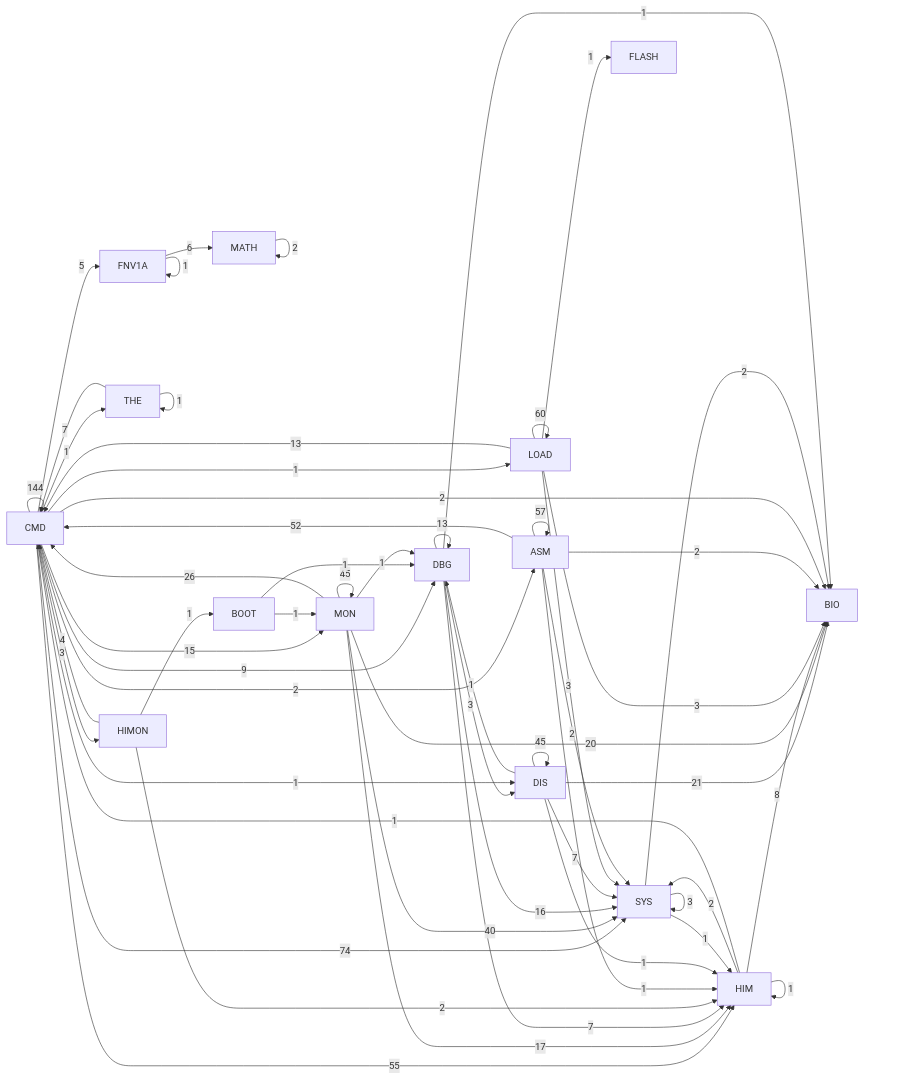
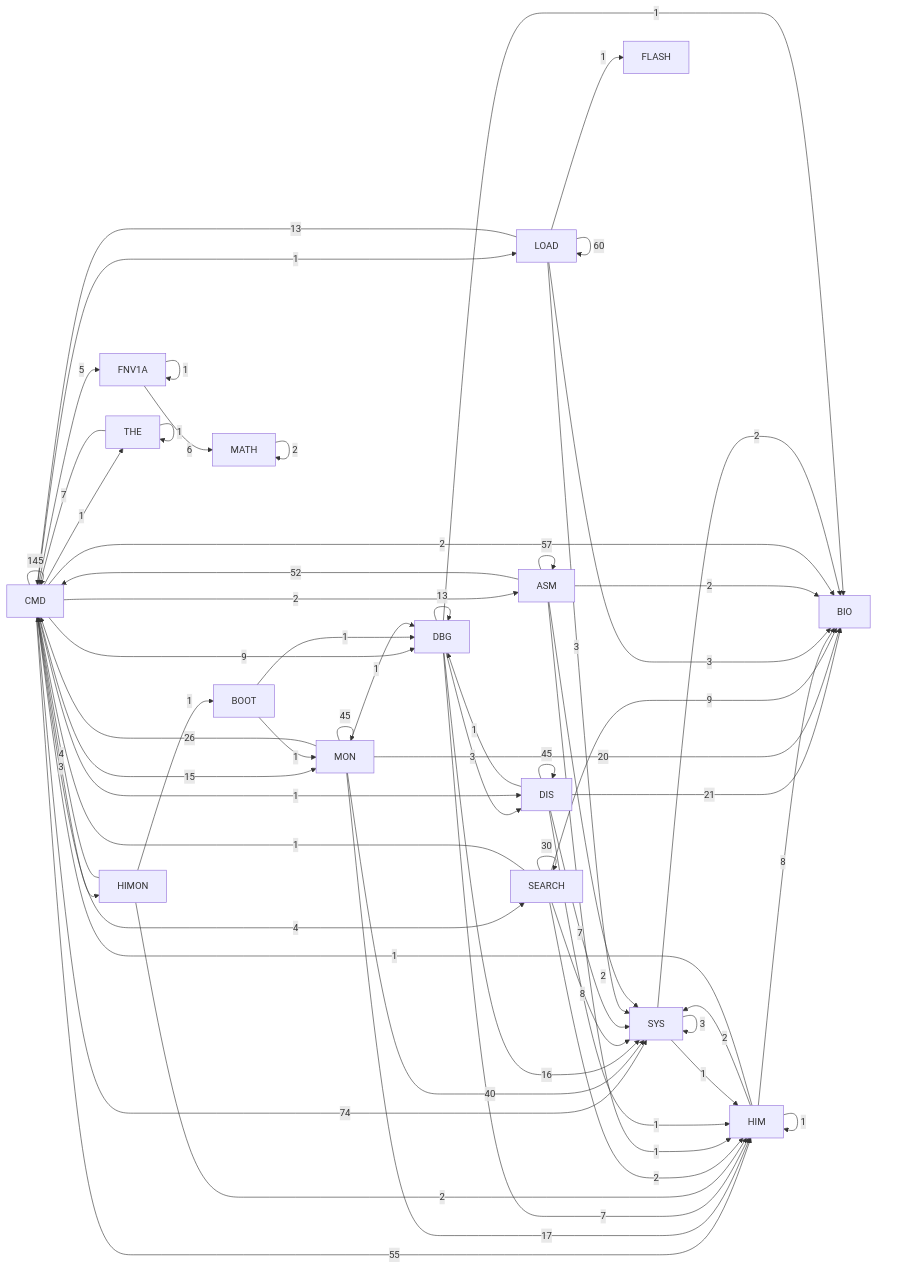
Before and after one commit to 95westus/R-YORS: the diagram in DOC/GENERATED/HIMON_SUPPORT_MAP.md, drawn with Mermaid. The commit also changed other lines of this file and 126 other files, not shown here.

````diff
--- a/DOC/GENERATED/HIMON_SUPPORT_MAP.md
+++ b/DOC/GENERATED/HIMON_SUPPORT_MAP.md
@@ -10,58 +10,64 @@
 ```mermaid
 flowchart LR
-    P_CMD[CMD] -->|144| P_CMD[CMD]
+    P_CMD[CMD] -->|145| P_CMD[CMD]
     P_CMD[CMD] -->|74| P_SYS[SYS]
     P_LOAD[LOAD] -->|60| P_LOAD[LOAD]
     P_ASM[ASM] -->|57| P_ASM[ASM]
     P_CMD[CMD] -->|55| P_HIM[HIM]
     P_ASM[ASM] -->|52| P_CMD[CMD]
     P_DIS[DIS] -->|45| P_DIS[DIS]
     P_MON[MON] -->|45| P_MON[MON]
     P_MON[MON] -->|40| P_SYS[SYS]
+    P_SEARCH[SEARCH] -->|30| P_SEARCH[SEARCH]
     P_MON[MON] -->|26| P_CMD[CMD]
     P_DIS[DIS] -->|21| P_BIO[BIO]
     P_MON[MON] -->|20| P_BIO[BIO]
     P_MON[MON] -->|17| P_HIM[HIM]
     P_DBG[DBG] -->|16| P_SYS[SYS]
     P_CMD[CMD] -->|15| P_MON[MON]
     P_DBG[DBG] -->|13| P_DBG[DBG]
     P_LOAD[LOAD] -->|13| P_CMD[CMD]
     P_CMD[CMD] -->|9| P_DBG[DBG]
+    P_SEARCH[SEARCH] -->|9| P_BIO[BIO]
     P_HIM[HIM] -->|8| P_BIO[BIO]
+    P_SEARCH[SEARCH] -->|8| P_SYS[SYS]
     P_DBG[DBG] -->|7| P_HIM[HIM]
     P_DIS[DIS] -->|7| P_SYS[SYS]
     P_THE[THE] -->|7| P_CMD[CMD]
     P_FNV1A[FNV1A] -->|6| P_MATH[MATH]
     P_CMD[CMD] -->|5| P_FNV1A[FNV1A]
+    P_CMD[CMD] -->|4| P_SEARCH[SEARCH]
     P_HIMON[HIMON] -->|4| P_CMD[CMD]
     P_CMD[CMD] -->|3| P_HIMON[HIMON]
     P_DBG[DBG] -->|3| P_DIS[DIS]
     P_LOAD[LOAD] -->|3| P_BIO[BIO]
     P_LOAD[LOAD] -->|3| P_SYS[SYS]
     P_SYS[SYS] -->|3| P_SYS[SYS]
     P_ASM[ASM] -->|2| P_BIO[BIO]
     P_ASM[ASM] -->|2| P_SYS[SYS]
     P_CMD[CMD] -->|2| P_ASM[ASM]
     P_CMD[CMD] -->|2| P_BIO[BIO]
     P_HIM[HIM] -->|2| P_SYS[SYS]
     P_HIMON[HIMON] -->|2| P_HIM[HIM]
     P_MATH[MATH] -->|2| P_MATH[MATH]
+    P_SEARCH[SEARCH] -->|2| P_HIM[HIM]
     P_SYS[SYS] -->|2| P_BIO[BIO]
     P_ASM[ASM] -->|1| P_HIM[HIM]
     P_BOOT[BOOT] -->|1| P_DBG[DBG]
     P_BOOT[BOOT] -->|1| P_MON[MON]
     P_CMD[CMD] -->|1| P_DIS[DIS]
     P_CMD[CMD] -->|1| P_LOAD[LOAD]
     P_CMD[CMD] -->|1| P_THE[THE]
     P_DBG[DBG] -->|1| P_BIO[BIO]
     P_DIS[DIS] -->|1| P_DBG[DBG]
     P_DIS[DIS] -->|1| P_HIM[HIM]
     P_FNV1A[FNV1A] -->|1| P_FNV1A[FNV1A]
     P_HIM[HIM] -->|1| P_CMD[CMD]
     P_HIM[HIM] -->|1| P_HIM[HIM]
     P_HIMON[HIMON] -->|1| P_BOOT[BOOT]
     P_LOAD[LOAD] -->|1| P_FLASH[FLASH]
     P_MON[MON] -->|1| P_DBG[DBG]
+    P_SEARCH[SEARCH] -->|1| P_CMD[CMD]
     P_SYS[SYS] -->|1| P_HIM[HIM]
     P_THE[THE] -->|1| P_THE[THE]
 ```
````
